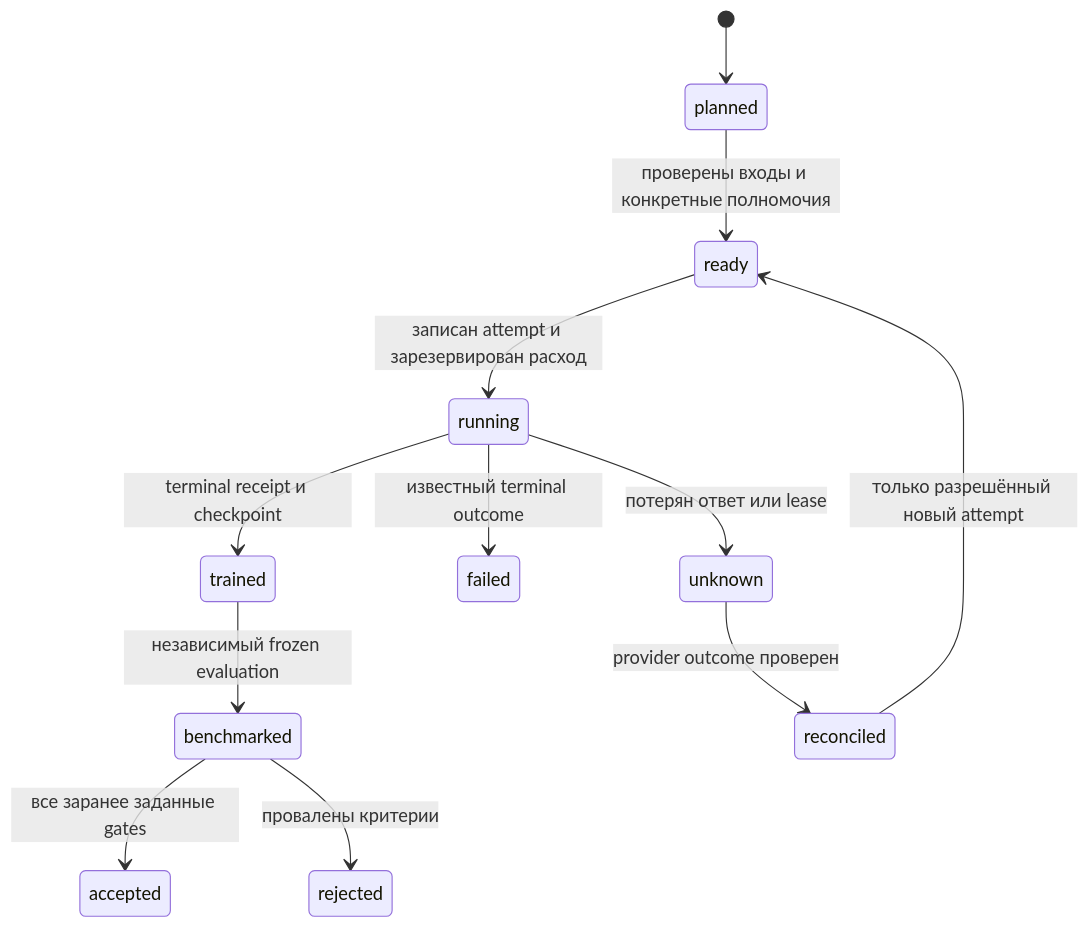
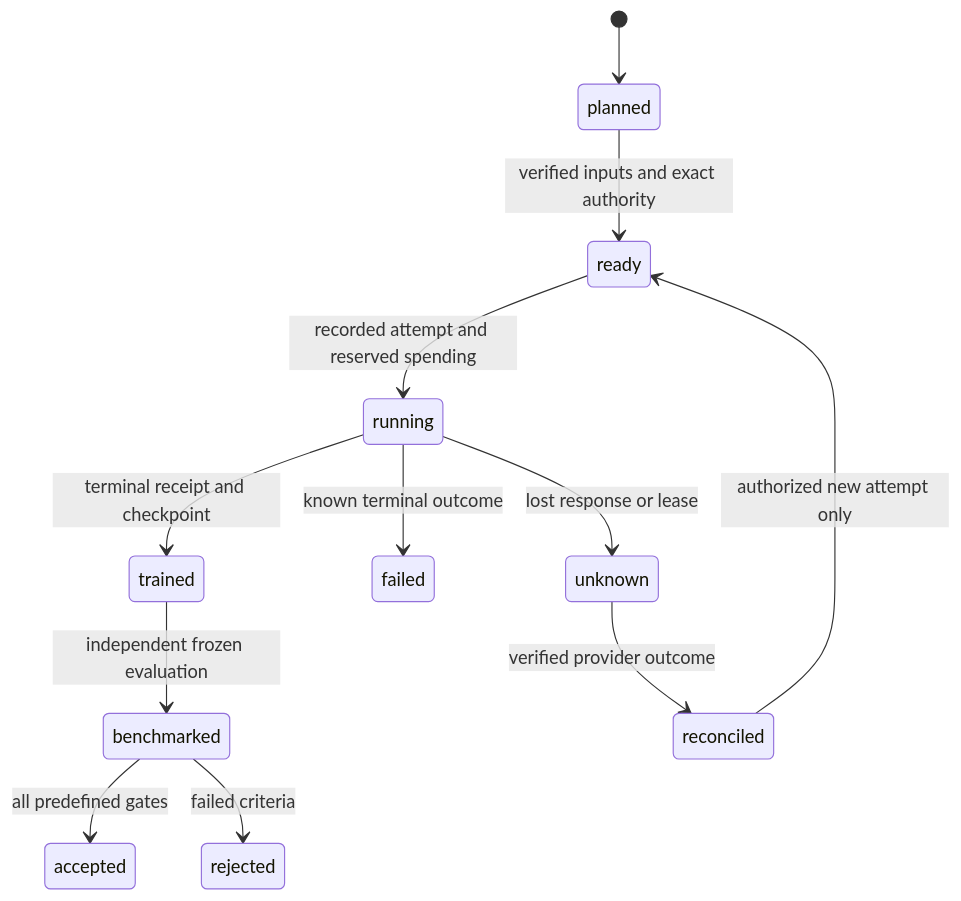
The diagram in docs/ml/workflow.md (zxc0zxc0zxc/palarran-framework), drawn with Mermaid before and after one commit. The commit also changed other lines of this file and 783 other files, not shown here.

````diff
--- a/docs/ml/workflow.md
+++ b/docs/ml/workflow.md
@@ -25,14 +25,14 @@
 ```mermaid
 stateDiagram-v2
     [*] --> planned
-    planned --> ready: проверены входы и конкретные полномочия
-    ready --> running: записан attempt и зарезервирован расход
-    running --> trained: terminal receipt и checkpoint
-    running --> failed: известный terminal outcome
-    running --> unknown: потерян ответ или lease
-    unknown --> reconciled: provider outcome проверен
-    reconciled --> ready: только разрешённый новый attempt
-    trained --> benchmarked: независимый frozen evaluation
-    benchmarked --> accepted: все заранее заданные gates
-    benchmarked --> rejected: провалены критерии
+    planned --> ready: verified inputs and exact authority
+    ready --> running: recorded attempt and reserved spending
+    running --> trained: terminal receipt and checkpoint
+    running --> failed: known terminal outcome
+    running --> unknown: lost response or lease
+    unknown --> reconciled: verified provider outcome
+    reconciled --> ready: authorized new attempt only
+    trained --> benchmarked: independent frozen evaluation
+    benchmarked --> accepted: all predefined gates
+    benchmarked --> rejected: failed criteria
 ```
````
